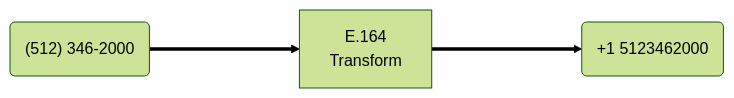
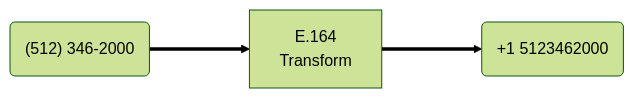
One commit to sailpoint-oss/developer.sailpoint.com changed the fourth of 7 diagrams in docs/extensibility/transforms/index.md. Above: the diagram before and after it, drawn with Mermaid (forest theme). The commit also changed other lines of this file and 1 other file, not shown here.

Commit message:
fix for labels on mermaid flowcharts

````diff
--- a/docs/extensibility/transforms/index.md
+++ b/docs/extensibility/transforms/index.md
@@ -58,4 +64,4 @@
 ```mermaid
 flowchart LR
-  id1("(512) 346-2000") ====> id2[E.164\nTransform] ====> id3(+1 5123462000)
+  id1("(512) 346-2000") ===> id2[E.164\nTransform] ===> id3(+1 5123462000)
 ```
````
